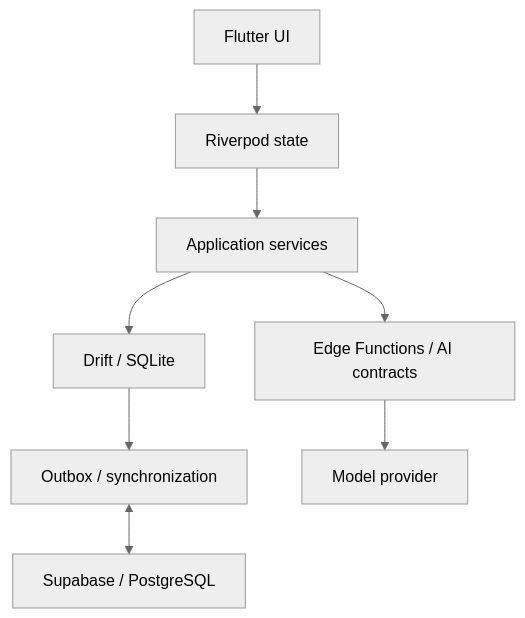
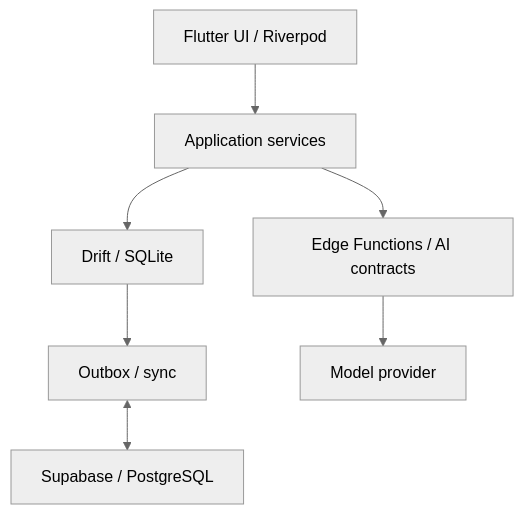
The diagram in README.md (wassim991/levelup), drawn with Mermaid (neutral theme) before and after one commit. The commit also changed other lines of this file and 4 other files, not shown here.

````diff
--- a/README.md
+++ b/README.md
@@ -66,10 +66,9 @@
 ```mermaid
 flowchart TD
-    UI[Flutter UI] --> State[Riverpod state]
-    State --> Services[Application services]
+    Client[Flutter UI / Riverpod] --> Services[Application services]
     Services --> Local[Drift / SQLite]
-    Local --> Sync[Outbox / synchronization]
+    Local --> Sync[Outbox / sync]
     Sync <--> DB[Supabase / PostgreSQL]
-    Services --> Edge[Edge Functions / AI contracts]
-    Edge --> Model[Model provider]
+    Services --> AI[Edge Functions / AI contracts]
+    AI --> Model[Model provider]
 ```
````
